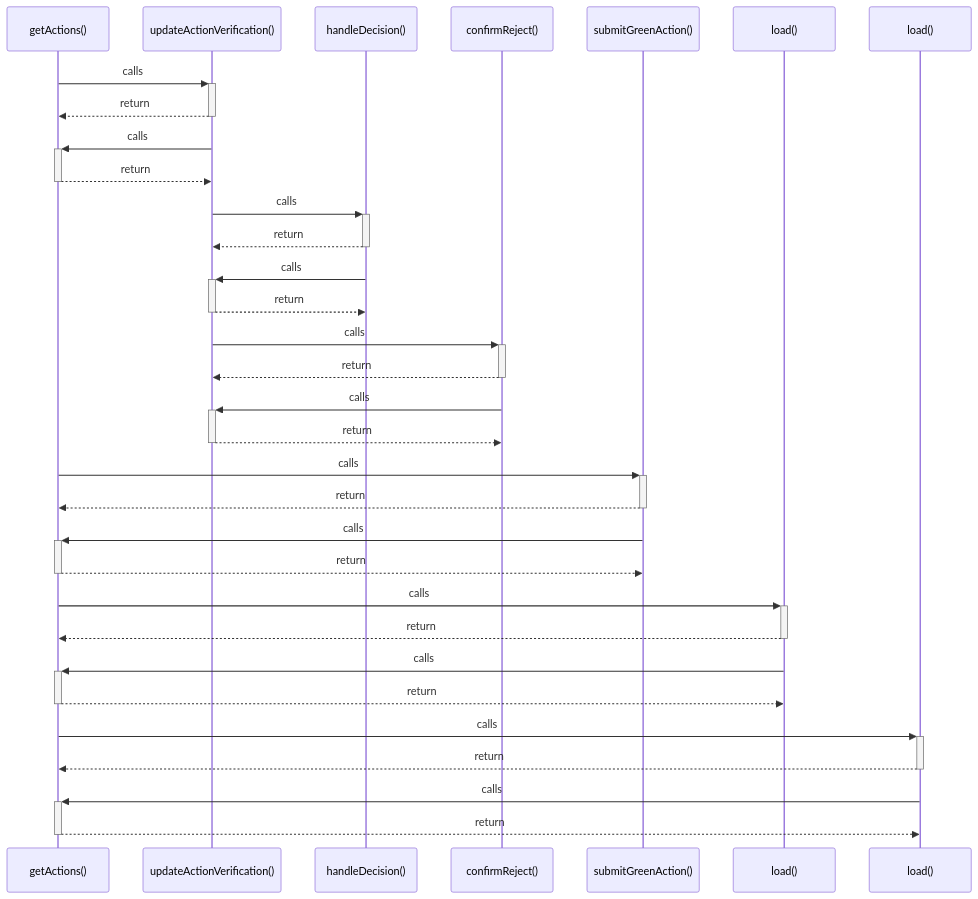
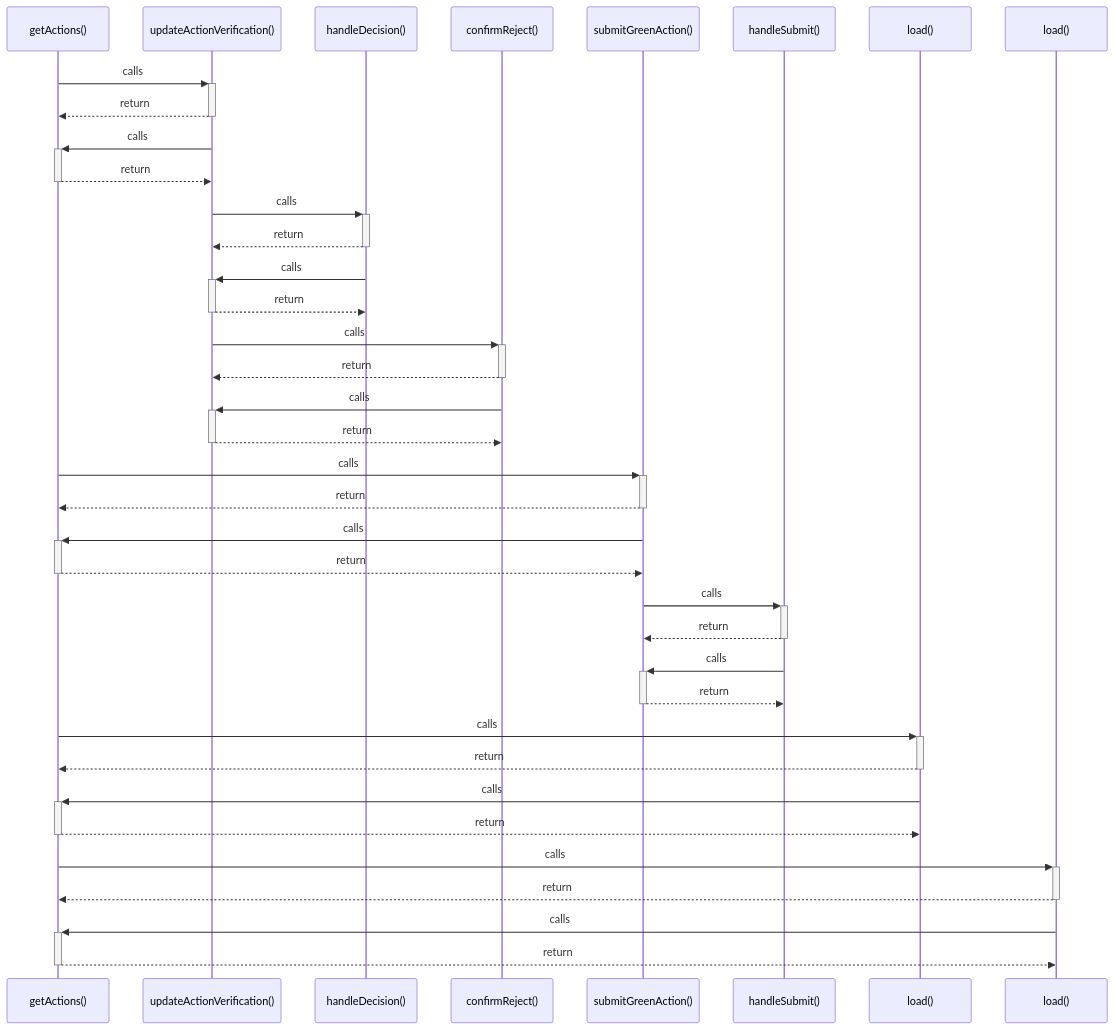
The diagram in graphify-out/wiki/getActions().md (FY72X9/i-can-app), drawn with Mermaid before and after one commit. The commit also changed 35 other files, not shown here.

Commit message:
feat: implement authentication service and UI pages with generated knowledge graph documentation

````diff
--- a/graphify-out/wiki/getActions().md
+++ b/graphify-out/wiki/getActions().md
@@ -7,34 +7,39 @@
 ```mermaid
 sequenceDiagram
     participant P0 as getActions()
     participant P1 as updateActionVerification()
     participant P2 as handleDecision()
     participant P3 as confirmReject()
     participant P4 as submitGreenAction()
-    participant P5 as load()
+    participant P5 as handleSubmit()
     participant P6 as load()
+    participant P7 as load()
     P0->>+ P1: calls
     P1-->>- P0: return
     P1->>+ P0: calls
     P0-->>- P1: return
     P1->>+ P2: calls
     P2-->>- P1: return
     P2->>+ P1: calls
     P1-->>- P2: return
     P1->>+ P3: calls
     P3-->>- P1: return
     P3->>+ P1: calls
     P1-->>- P3: return
     P0->>+ P4: calls
     P4-->>- P0: return
     P4->>+ P0: calls
     P0-->>- P4: return
-    P0->>+ P5: calls
-    P5-->>- P0: return
-    P5->>+ P0: calls
-    P0-->>- P5: return
+    P4->>+ P5: calls
+    P5-->>- P4: return
+    P5->>+ P4: calls
+    P4-->>- P5: return
     P0->>+ P6: calls
     P6-->>- P0: return
     P6->>+ P0: calls
     P0-->>- P6: return
+    P0->>+ P7: calls
+    P7-->>- P0: return
+    P7->>+ P0: calls
+    P0-->>- P7: return
 ```
````
